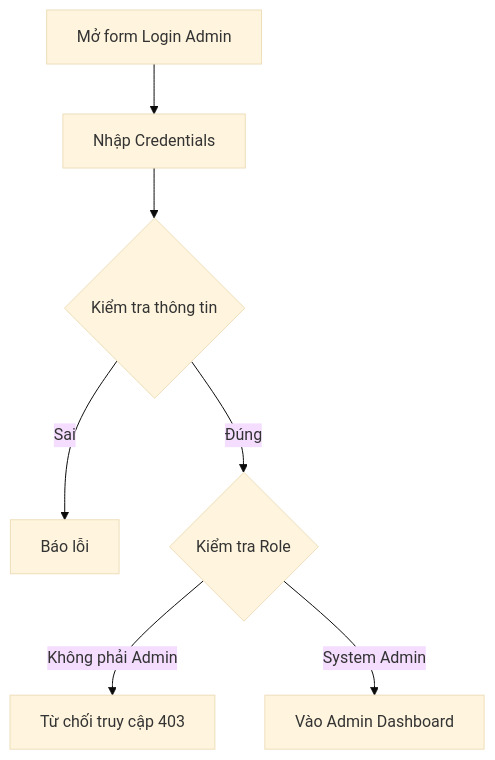
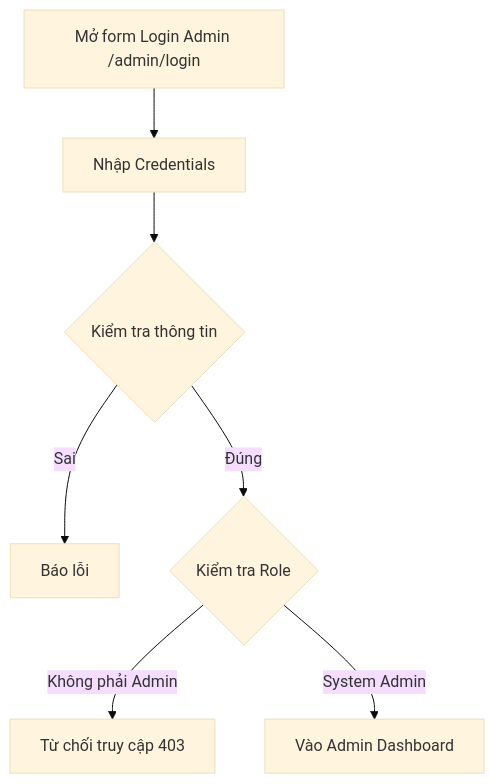
One commit to VanHaPtit/EasyTech_FE changed the diagram in nghiep_vu/epic-01_Authentication_Onboarding/user-story-04_Admin_Dang_nhap/user-story.md. Above: the diagram before and after it, drawn with Mermaid (base theme). The commit also changed other lines of this file and 4 other files, not shown here.

````diff
--- a/nghiep_vu/epic-01_Authentication_Onboarding/user-story-04_Admin_Dang_nhap/user-story.md
+++ b/nghiep_vu/epic-01_Authentication_Onboarding/user-story-04_Admin_Dang_nhap/user-story.md
@@ -11,9 +11,9 @@
 ```mermaid
 graph TD
-    A[Mở form Login Admin] --> B[Nhập Credentials]
+    A[Mở form Login Admin /admin/login] --> B[Nhập Credentials]
     B --> C{Kiểm tra thông tin}
     C -- Sai --> D[Báo lỗi]
     C -- Đúng --> E{Kiểm tra Role}
     E -- Không phải Admin --> F[Từ chối truy cập 403]
     E -- System Admin --> G[Vào Admin Dashboard]
 ```
````
